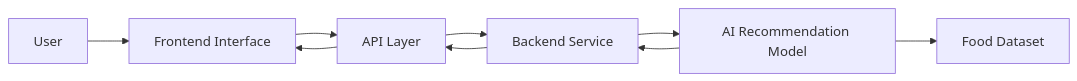
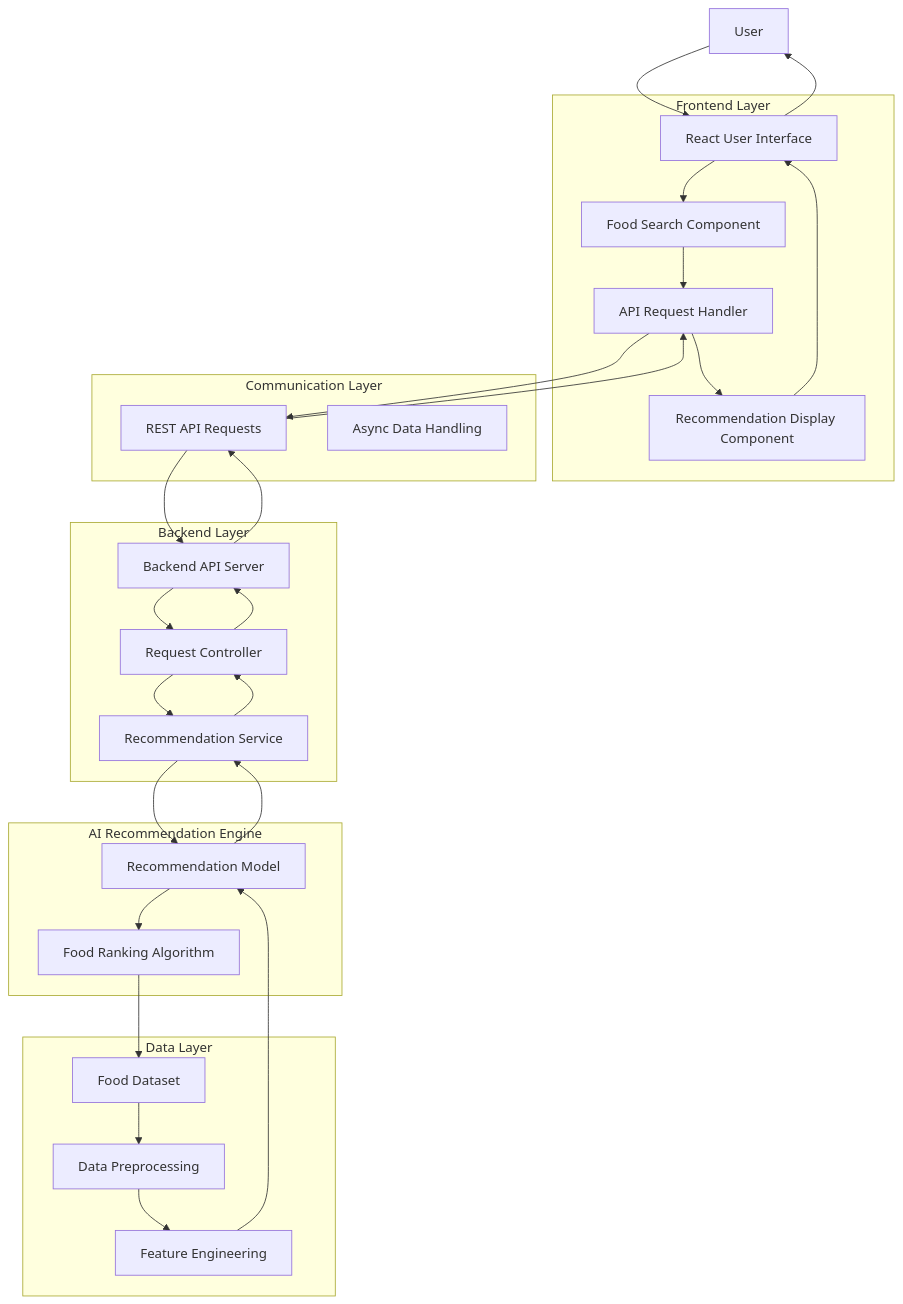
One commit to start-again-06/FoodTech_Recommendation_AI_Based changed the diagram in README.md. Above: the diagram before and after it, drawn with Mermaid. The commit also changed other lines of this file, not shown here.

````diff
--- a/README.md
+++ b/README.md
@@ -37,20 +39,67 @@
 ```mermaid
-flowchart LR
+flowchart TD
 
+%% User Interaction
 User[User]
 
-UI[Frontend Interface]
-API[API Layer]
-Backend[Backend Service]
-AI[AI Recommendation Model]
+%% Frontend
+subgraph Frontend Layer
+UI[React User Interface]
+Search[Food Search Component]
+Results[Recommendation Display Component]
+APIClient[API Request Handler]
+end
+
+%% Communication
+subgraph Communication Layer
+REST[REST API Requests]
+Async[Async Data Handling]
+end
+
+%% Backend
+subgraph Backend Layer
+Server[Backend API Server]
+Controller[Request Controller]
+Service[Recommendation Service]
+end
+
+%% AI Layer
+subgraph AI Recommendation Engine
+Model[Recommendation Model]
+Ranking[Food Ranking Algorithm]
+end
+
+%% Data Layer
+subgraph Data Layer
 Dataset[Food Dataset]
+Processing[Data Preprocessing]
+Features[Feature Engineering]
+end
 
+%% Flow Connections
 User --> UI
-UI --> API
-API --> Backend
-Backend --> AI
-AI --> Dataset
-AI --> Backend
-Backend --> API
-API --> UI
+UI --> Search
+Search --> APIClient
+APIClient --> REST
+REST --> Server
+
+Server --> Controller
+Controller --> Service
+Service --> Model
+Model --> Ranking
+
+Ranking --> Dataset
+Dataset --> Processing
+Processing --> Features
+Features --> Model
+
+Model --> Service
+Service --> Controller
+Controller --> Server
+
+Server --> REST
+REST --> APIClient
+APIClient --> Results
+Results --> UI
+UI --> User
 ```
````
